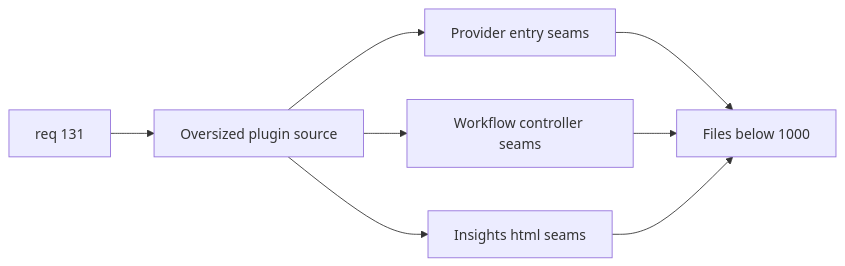
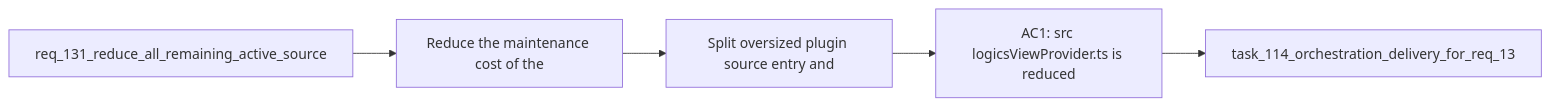
The diagram in logics/backlog/item_247_split_oversized_plugin_source_entry_and_orchestration_surfaces_below_1000_lines.md (AlexAgo83/logics-manager), drawn with Mermaid before and after one commit. The commit also changed 481 other files, not shown here.

Commit message:
Normalize Logics docs and workflow indicators

````diff
--- a/logics/backlog/item_247_split_oversized_plugin_source_entry_and_orchestration_surfaces_below_1000_lines.md
+++ b/logics/backlog/item_247_split_oversized_plugin_source_entry_and_orchestration_surfaces_below_1000_lines.md
@@ -28,12 +28,9 @@
 ```mermaid
 %% logics-kind: backlog
 %% logics-signature: backlog|split-oversized-plugin-source-entry-and-|req-131-reduce-all-remaining-active-sour|reduce-the-maintenance-cost-of-the|ac1-src-logicsviewprovider-ts-is-reduced
 flowchart LR
-    A[req 131] --> B[Oversized plugin source]
-    B --> C[Provider entry seams]
-    B --> D[Workflow controller seams]
-    B --> E[Insights html seams]
-    C --> F[Files below 1000]
-    D --> F
-    E --> F
+    Request[req_131_reduce_all_remaining_active_source] --> Problem[Reduce the maintenance cost of the]
+    Problem --> Scope[Split oversized plugin source entry and]
+    Scope --> Acceptance[AC1: src logicsViewProvider.ts is reduced]
+    Acceptance --> Tasks[task_114_orchestration_delivery_for_req_13]
 ```
````
